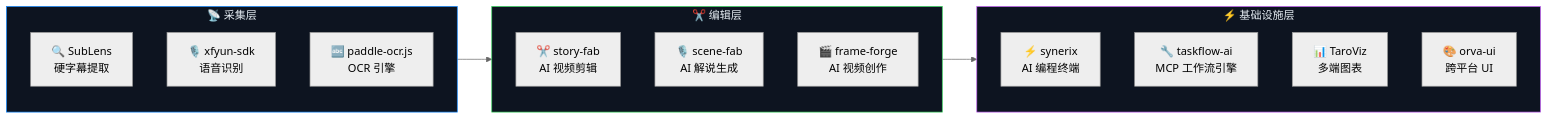
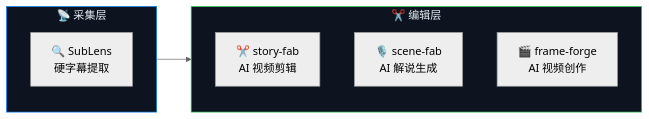
Before and after one commit to Agions/Agions: the diagram in README.md, drawn with Mermaid (neutral theme). The commit also changed other lines of this file and 2 other files, not shown here.

````diff
--- a/README.md
+++ b/README.md
@@ -42,28 +42,17 @@
 ```mermaid
 flowchart LR
     subgraph Capture["📡 采集层"]
         SubLens["🔍 SubLens<br/>硬字幕提取"]
-        A["🎙️ xfyun-sdk<br/>语音识别"]
-        B["🔤 paddle-ocr.js<br/>OCR 引擎"]
     end
 
     subgraph Edit["✂️ 编辑层"]
         storyfab["✂️ story-fab<br/>AI 视频剪辑"]
         scenefab["🎙️ scene-fab<br/>AI 解说生成"]
         frameforge["🎬 frame-forge<br/>AI 视频创作"]
     end
 
-    subgraph Infra["⚡ 基础设施层"]
-        synerix["⚡ synerix<br/>AI 编程终端"]
-        taskflow["🔧 taskflow-ai<br/>MCP 工作流引擎"]
-        taroviz["📊 TaroViz<br/>多端图表"]
-        orva["🎨 orva-ui<br/>跨平台 UI"]
-    end
-
     Capture --> Edit
-    Edit --> Infra
     
     style Capture fill:#0d1420,stroke:#0A84FF,color:#e6edf3
     style Edit fill:#0d1420,stroke:#30D158,color:#e6edf3
-    style Infra fill:#0d1420,stroke:#BF5AF2,color:#e6edf3
 ```
````
